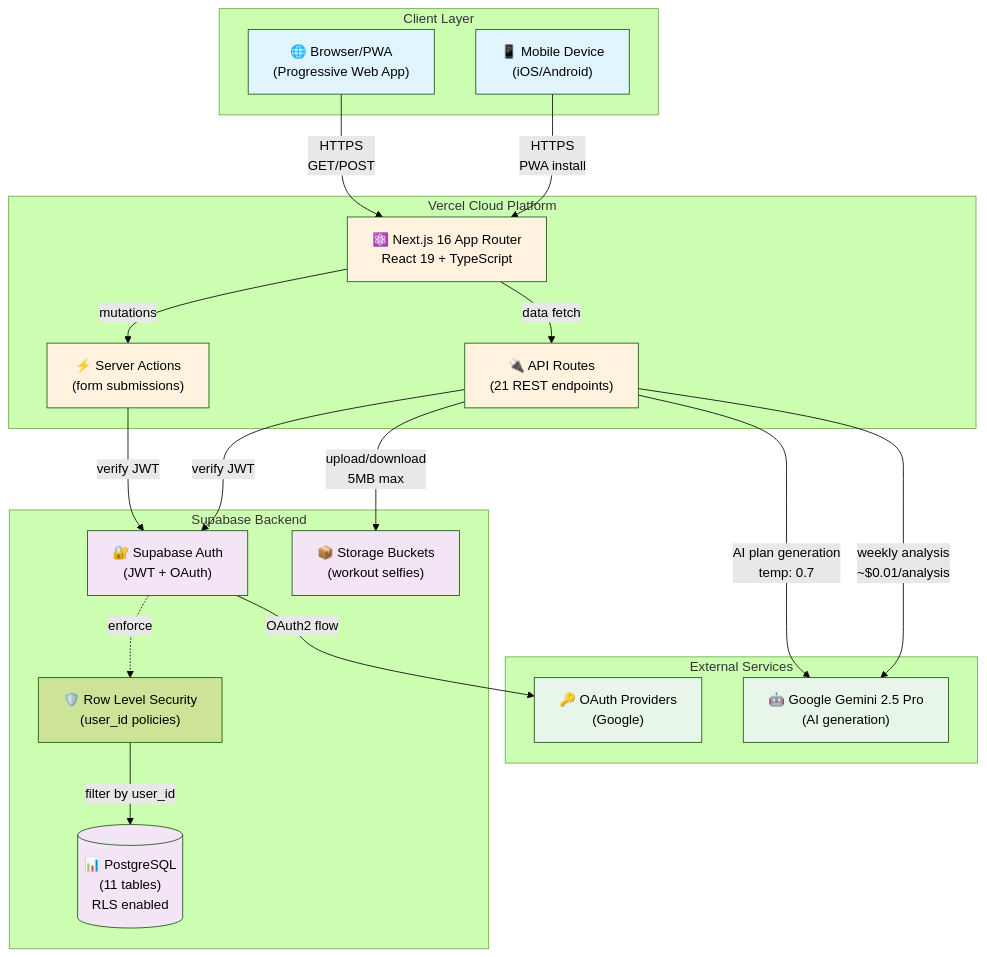
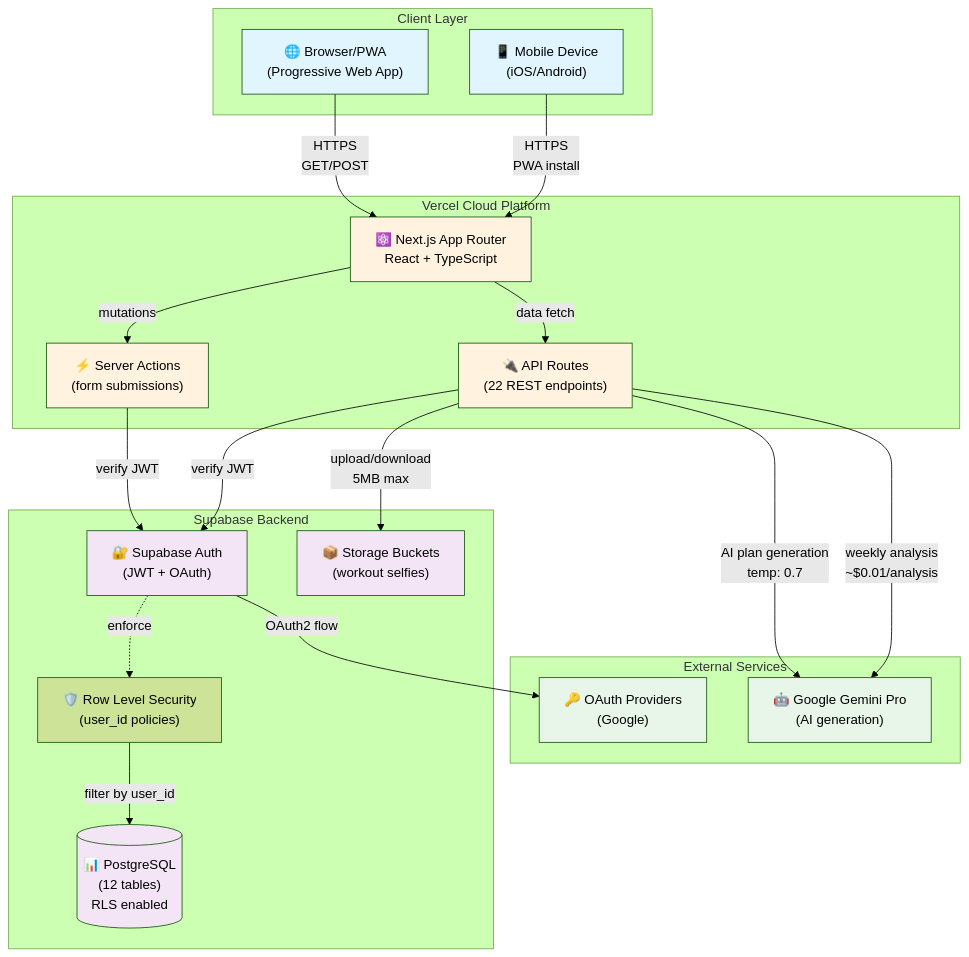
The first of 6 diagrams in docs/ARCHITECTURE.md (saurabhpro/goodhealth), drawn with Mermaid (forest theme) before and after one commit. The commit also changed other lines of this file, not shown here.

````diff
--- a/docs/ARCHITECTURE.md
+++ b/docs/ARCHITECTURE.md
@@ -9,49 +16,49 @@
 ```mermaid
 graph TB
     subgraph Client["Client Layer"]
         Browser["🌐 Browser/PWA<br/>(Progressive Web App)"]
         Mobile["📱 Mobile Device<br/>(iOS/Android)"]
     end
 
     subgraph Vercel["Vercel Cloud Platform"]
-        NextJS["⚛️ Next.js 16 App Router<br/>React 19 + TypeScript"]
-        API["🔌 API Routes<br/>(21 REST endpoints)"]
+        NextJS["⚛️ Next.js App Router<br/>React + TypeScript"]
+        API["🔌 API Routes<br/>(22 REST endpoints)"]
         ServerActions["⚡ Server Actions<br/>(form submissions)"]
     end
 
     subgraph Supabase["Supabase Backend"]
         Auth["🔐 Supabase Auth<br/>(JWT + OAuth)"]
-        DB[("📊 PostgreSQL<br/>(11 tables)<br/>RLS enabled")]
+        DB[("📊 PostgreSQL<br/>(12 tables)<br/>RLS enabled")]
         Storage["📦 Storage Buckets<br/>(workout selfies)"]
         RLS["🛡️ Row Level Security<br/>(user_id policies)"]
     end
 
     subgraph External["External Services"]
-        Gemini["🤖 Google Gemini 2.5 Pro<br/>(AI generation)"]
+        Gemini["🤖 Google Gemini Pro<br/>(AI generation)"]
         OAuth["🔑 OAuth Providers<br/>(Google)"]
     end
 
     Browser -->|"HTTPS<br/>GET/POST"| NextJS
     Mobile -->|"HTTPS<br/>PWA install"| NextJS
     NextJS -->|"mutations"| ServerActions
     NextJS -->|"data fetch"| API
     ServerActions -->|"verify JWT"| Auth
     API -->|"verify JWT"| Auth
     Auth -.->|"enforce"| RLS
     RLS -->|"filter by user_id"| DB
     API -->|"upload/download<br/>5MB max"| Storage
     API -->|"AI plan generation<br/>temp: 0.7"| Gemini
     API -->|"weekly analysis<br/>~$0.01/analysis"| Gemini
     Auth -->|"OAuth2 flow"| OAuth
 
     style Browser fill:#e1f5ff
     style Mobile fill:#e1f5ff
     style NextJS fill:#fff3e0
     style API fill:#fff3e0
     style ServerActions fill:#fff3e0
     style DB fill:#f3e5f5
     style Auth fill:#f3e5f5
     style Storage fill:#f3e5f5
     style Gemini fill:#e8f5e9
     style OAuth fill:#e8f5e9
 ```
````
